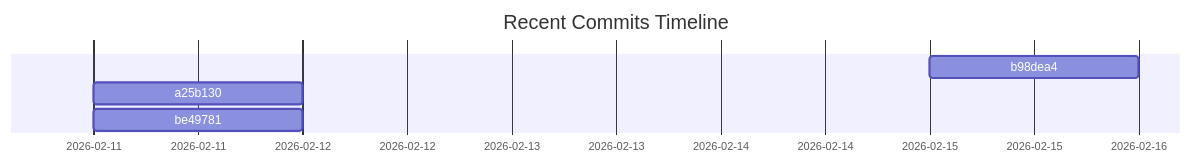
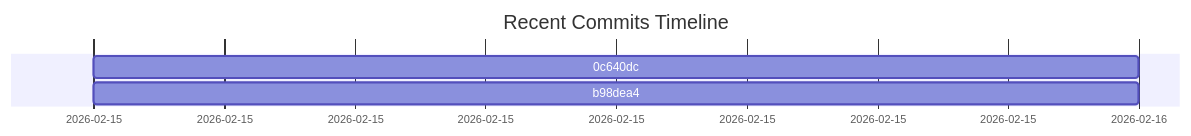
One commit to Juls95/DocWeave changed the fifth of 7 diagrams in DocweaveDocs/DIAGRAMS.md. Above: the diagram before and after it, drawn with Mermaid. The commit also changed other lines of this file and 9 other files, not shown here.

````diff
--- a/DocweaveDocs/DIAGRAMS.md
+++ b/DocweaveDocs/DIAGRAMS.md
@@ -3,8 +131,7 @@
 ```mermaid
 gantt
     title Recent Commits Timeline
     dateFormat YYYY-MM-DD
+    0c640dc :2026-02-15, 1d
     b98dea4 :2026-02-15, 1d
-    a25b130 :2026-02-11, 1d
-    be49781 :2026-02-11, 1d
 ```
````
